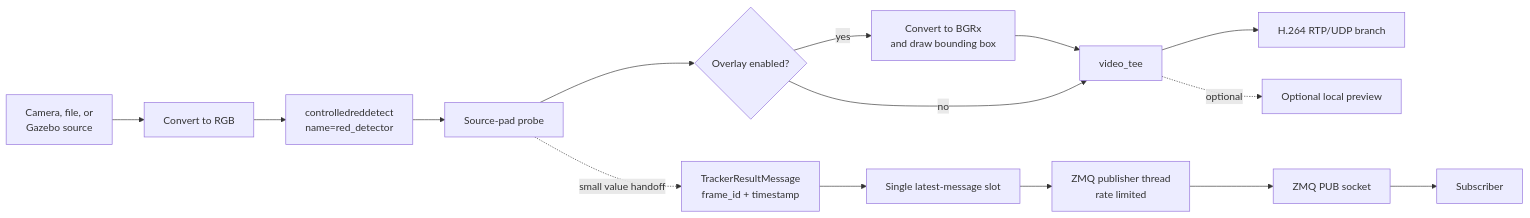
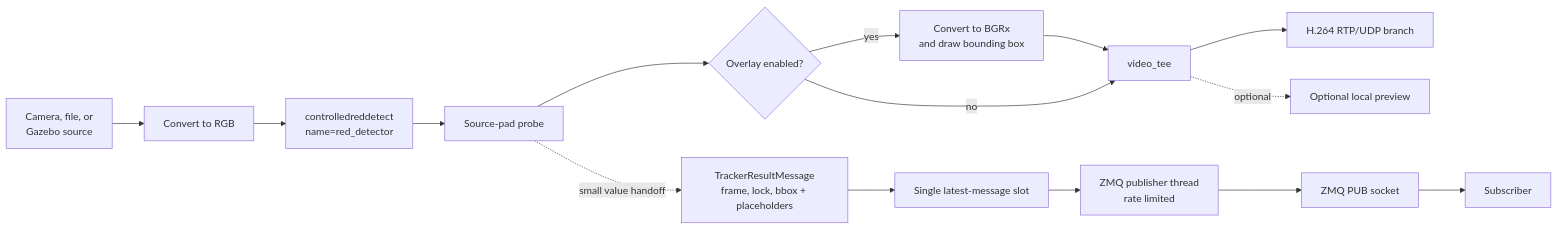
Before and after one commit to mayaboker/bt_ws: the first of 5 diagrams in bt_gst/docs/red_detection_zmq_flow.md, drawn with Mermaid. The commit also changed other lines of this file and 12 other files, not shown here.

````diff
--- a/bt_gst/docs/red_detection_zmq_flow.md
+++ b/bt_gst/docs/red_detection_zmq_flow.md
@@ -14,27 +13,27 @@
 ```mermaid
 flowchart LR
     Source[Camera, file, or<br/>Gazebo source]
     RGB[Convert to RGB]
     Detector[controlledreddetect<br/>name=red_detector]
     Probe[Source-pad probe]
     OptionalOverlay{Overlay enabled?}
     Overlay[Convert to BGRx<br/>and draw bounding box]
     Tee[video_tee]
     RTP[H.264 RTP/UDP branch]
     Preview[Optional local preview]
 
-    Message[TrackerResultMessage<br/>frame_id + timestamp]
+    Message[TrackerResultMessage<br/>frame, lock, bbox + placeholders]
     Latest[Single latest-message slot]
     Worker[ZMQ publisher thread<br/>rate limited]
     Pub[ZMQ PUB socket]
     Sub[Subscriber]
 
     Source --> RGB --> Detector --> Probe --> OptionalOverlay
     OptionalOverlay -->|yes| Overlay --> Tee
     OptionalOverlay -->|no| Tee
     Tee --> RTP
     Tee -. optional .-> Preview
 
     Probe -. small value handoff .-> Message --> Latest
     Latest --> Worker --> Pub --> Sub
 ```
````
